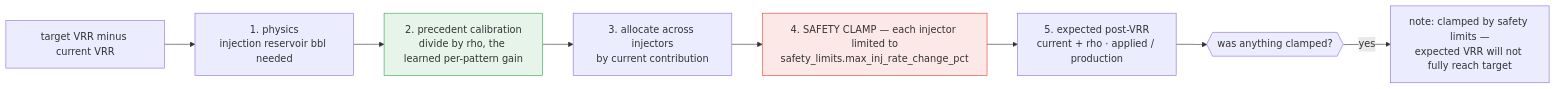
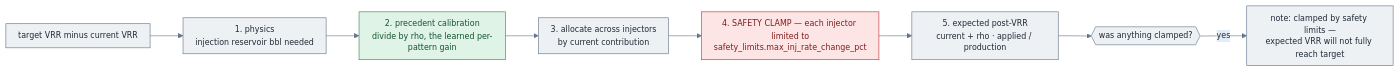
One commit to vamshi455/vrr-agent-open changed the eighth of 19 diagrams in README.md. Above: the diagram before and after it, drawn with Mermaid. The commit also changed other lines of this file and 2 other files, not shown here.

````diff
--- a/README.md
+++ b/README.md
@@ -472,13 +524,16 @@
 ```mermaid
+%%{init: {'theme':'base','themeVariables':{'fontFamily':'ui-sans-serif, system-ui, -apple-system, sans-serif','fontSize':'13px','lineColor':'#64748b','primaryColor':'#eef1f4','primaryTextColor':'#1f2937','primaryBorderColor':'#64748b','secondaryColor':'#e3edf6','tertiaryColor':'#eef1f4'},'flowchart':{'htmlLabels':true,'padding':10,'nodeSpacing':46,'rankSpacing':54,'curve':'basis','useMaxWidth':true},'sequence':{'useMaxWidth':true,'boxMargin':8}}}%%
 flowchart LR
     A["target VRR minus current VRR"] --> B["1. physics<br/>injection reservoir bbl needed"]
     B --> C["2. precedent calibration<br/>divide by rho, the learned per-pattern gain"]
     C --> D["3. allocate across injectors<br/>by current contribution"]
     D --> E["4. SAFETY CLAMP — each injector limited to<br/>safety_limits.max_inj_rate_change_pct"]
     E --> F["5. expected post-VRR<br/>current + rho · applied / production"]
     F --> G{{"was anything clamped?"}}
     G -->|"yes"| H["note: clamped by safety limits —<br/>expected VRR will not fully reach target"]
 
-    style E fill:#fce8e6,stroke:#ea4335
-    style C fill:#e6f4ea,stroke:#34a853
+    classDef bad fill:#fde5e5,stroke:#c53030,stroke-width:1px,color:#7f1d1d;
+    classDef ok fill:#dff3e6,stroke:#2f855a,stroke-width:1px,color:#14532d;
+    class E bad;
+    class C ok;
 ```
````
